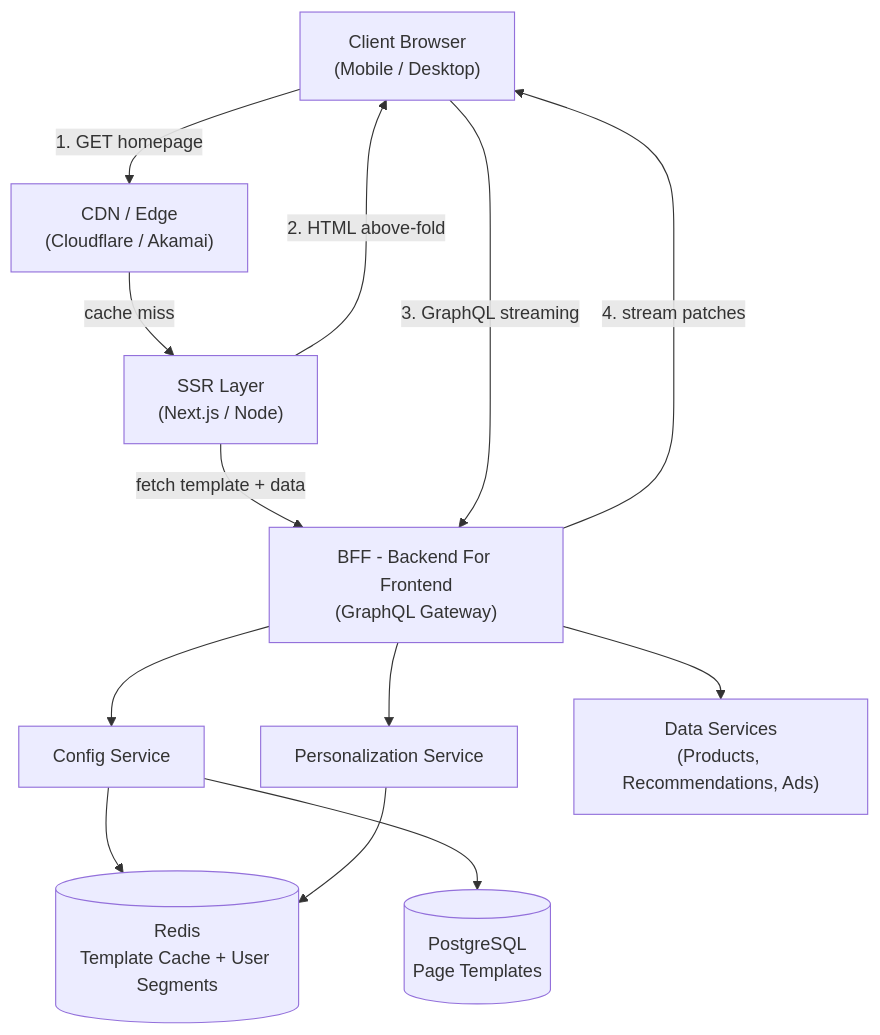
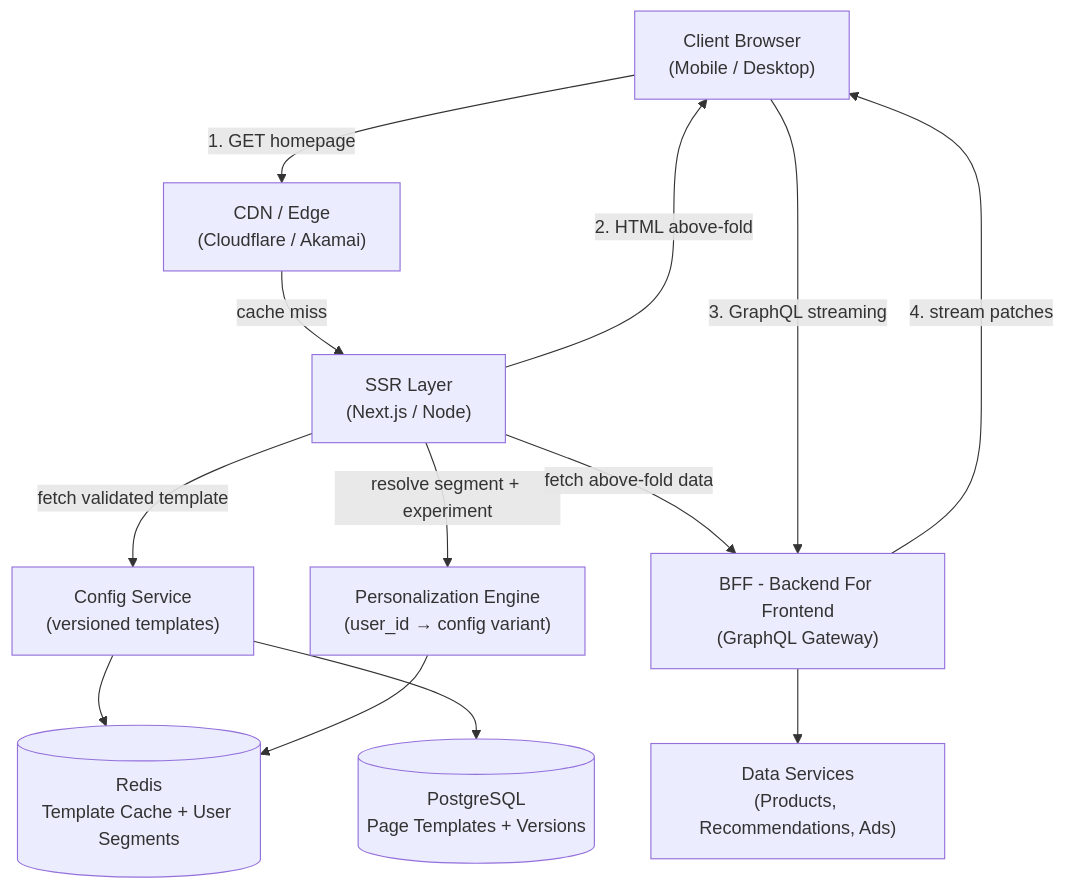
Before and after one commit to shyamalm88/MechineCoding: the first of 3 diagrams in system-design/config-driven-shopping-cart-homepage.md, drawn with Mermaid. The commit also changed other lines of this file and 1 other file, not shown here.

Commit message:
updated payment gateway, config driven shopping cart

````diff
--- a/system-design/config-driven-shopping-cart-homepage.md
+++ b/system-design/config-driven-shopping-cart-homepage.md
@@ -183,25 +199,25 @@
 ```mermaid
 graph TD
     Client["Client Browser\n(Mobile / Desktop)"]
     CDN["CDN / Edge\n(Cloudflare / Akamai)"]
     SSR["SSR Layer\n(Next.js / Node)"]
     BFF["BFF - Backend For Frontend\n(GraphQL Gateway)"]
-    ConfigSvc["Config Service"]
-    PersonalizationSvc["Personalization Service"]
+    ConfigSvc["Config Service\n(versioned templates)"]
+    PersonalizationSvc["Personalization Engine\n(user_id → config variant)"]
     DataSvcs["Data Services\n(Products, Recommendations, Ads)"]
-    ConfigDB[("PostgreSQL\nPage Templates")]
+    ConfigDB[("PostgreSQL\nPage Templates + Versions")]
     Redis[("Redis\nTemplate Cache + User Segments")]
 
     Client -->|1. GET homepage| CDN
     CDN -->|cache miss| SSR
-    SSR -->|fetch template + data| BFF
-    BFF --> ConfigSvc
-    BFF --> PersonalizationSvc
+    SSR -->|resolve segment + experiment| PersonalizationSvc
+    SSR -->|fetch validated template| ConfigSvc
+    SSR -->|fetch above-fold data| BFF
     BFF --> DataSvcs
     ConfigSvc --> Redis
     ConfigSvc --> ConfigDB
     PersonalizationSvc --> Redis
     SSR -->|2. HTML above-fold| Client
     Client -->|3. GraphQL streaming| BFF
     BFF -->|4. stream patches| Client
 ```
````
